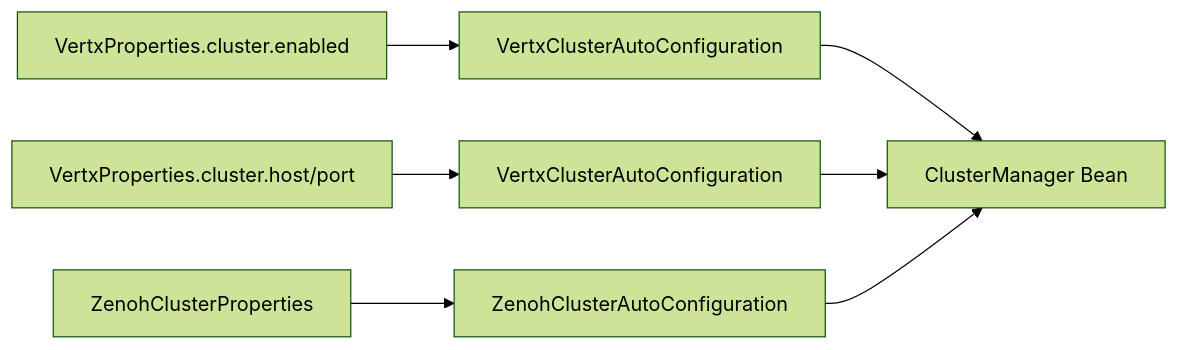
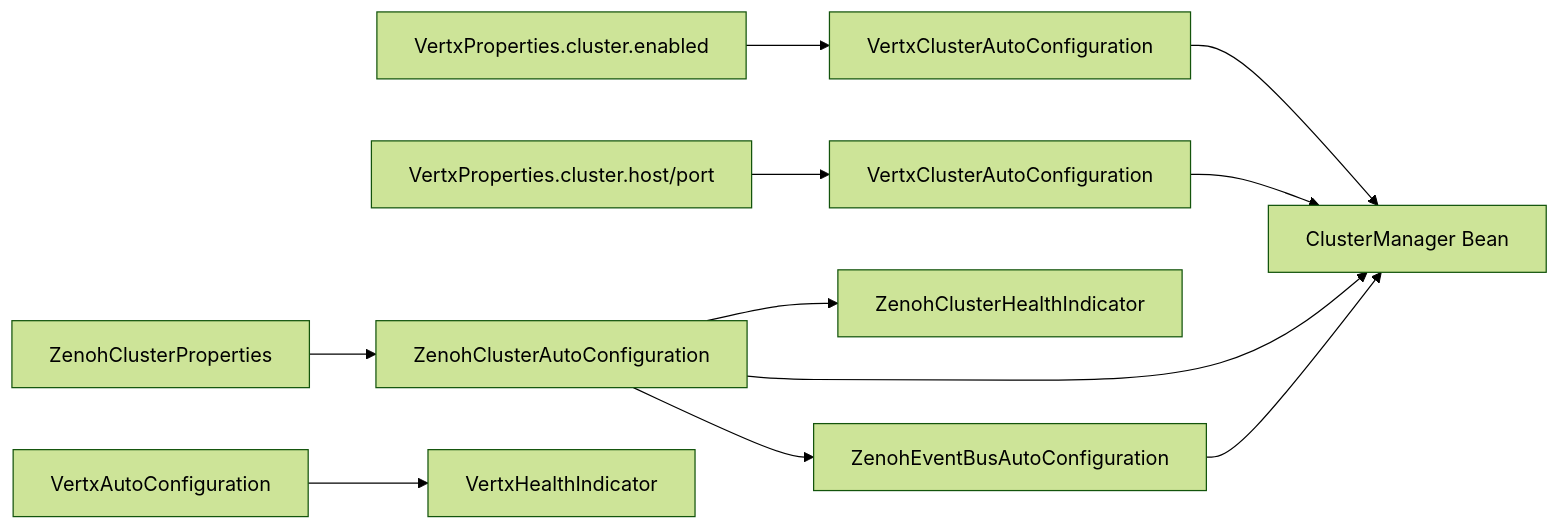
The fourth of 4 diagrams in .qoder/repowiki/zh/content/集群管理模块/集群配置详解.md (ossworker/vertx-starter), drawn with Mermaid (forest theme) before and after one commit. The commit also changed other lines of this file and 7 other files, not shown here.

````diff
--- a/.qoder/repowiki/zh/content/集群管理模块/集群配置详解.md
+++ b/.qoder/repowiki/zh/content/集群管理模块/集群配置详解.md
@@ -224,9 +315,13 @@
 ```mermaid
 graph LR
 A["VertxProperties.cluster.enabled"] --> B["VertxClusterAutoConfiguration"]
 B --> C["ClusterManager Bean"]
 D["VertxClusterAutoConfiguration"] --> C
 E["VertxProperties.cluster.host/port"] --> D
 F["ZenohClusterProperties"] --> G["ZenohClusterAutoConfiguration"]
 G --> C
+G --> H["ZenohClusterHealthIndicator"]
+G --> I["ZenohEventBusAutoConfiguration"]
+I --> C
+J["VertxAutoConfiguration"] --> K["VertxHealthIndicator"]
 ```
````
